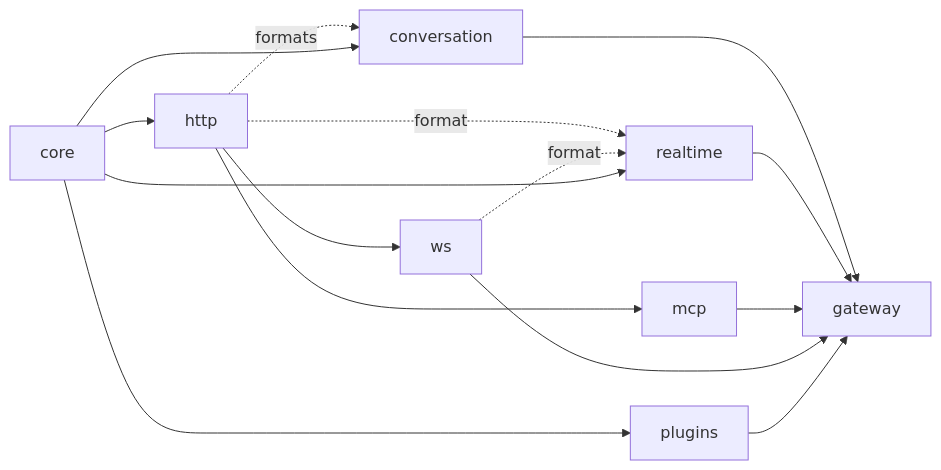
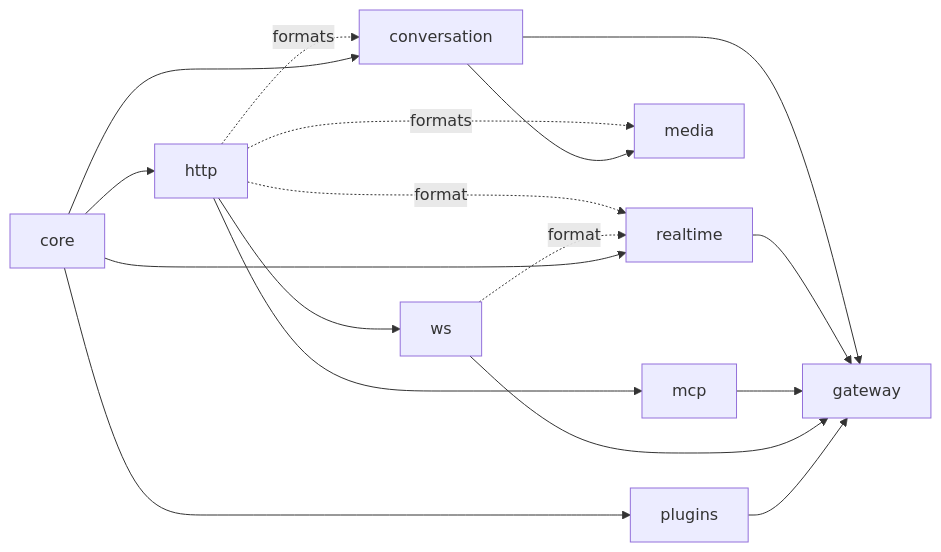
Before and after one commit to Davidson3556/respan-gateway: the diagram in docs/ARCHITECTURE.md, drawn with Mermaid. The commit also changed other lines of this file and 24 other files, not shown here.

````diff
--- a/docs/ARCHITECTURE.md
+++ b/docs/ARCHITECTURE.md
@@ -38,17 +39,19 @@
 ```mermaid
 flowchart LR
     core --> http
     core --> plugins
     http --> ws
     http -. formats .-> conversation
+    http -. formats .-> media
     http -. format .-> realtime
     ws -. format .-> realtime
     http --> mcp
     core --> conversation
     core --> realtime
+    conversation --> media
     conversation --> gateway
     realtime --> gateway
     mcp --> gateway
     ws --> gateway
     plugins --> gateway
 ```
````
